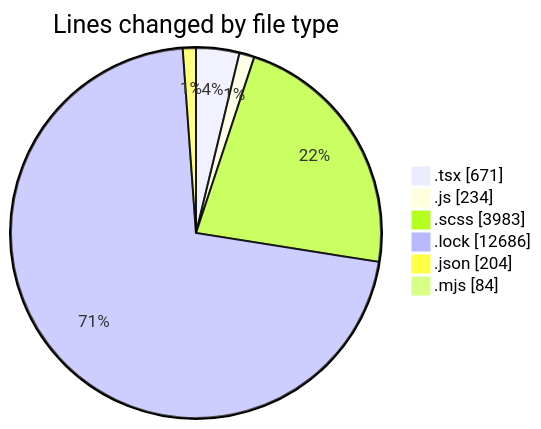
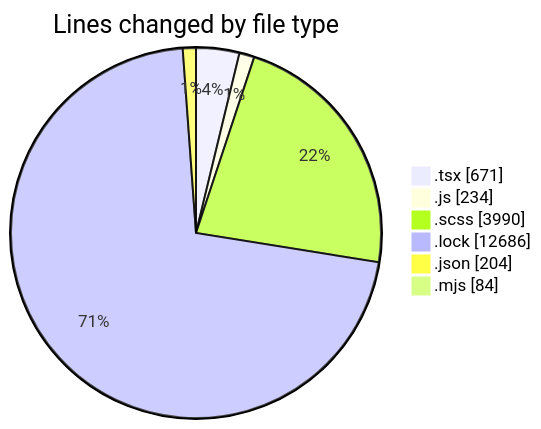
Before and after one commit to momahboobian/code-tracking: the first of 2 diagrams in 2026-01-22/cda-web-components/README.md, drawn with Mermaid. The commit also changed other lines of this file and 1 other file, not shown here.

````diff
--- a/2026-01-22/cda-web-components/README.md
+++ b/2026-01-22/cda-web-components/README.md
@@ -58,10 +58,10 @@
 ```mermaid
 pie showData
 title Lines changed by file type
 ".tsx" : 671
 ".js" : 234
-".scss" : 3983
+".scss" : 3990
 ".lock" : 12686
 ".json" : 204
 ".mjs" : 84
 ```
````
